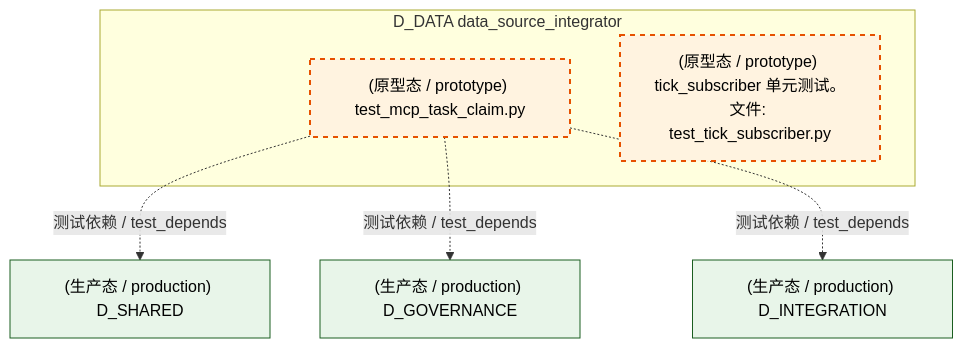
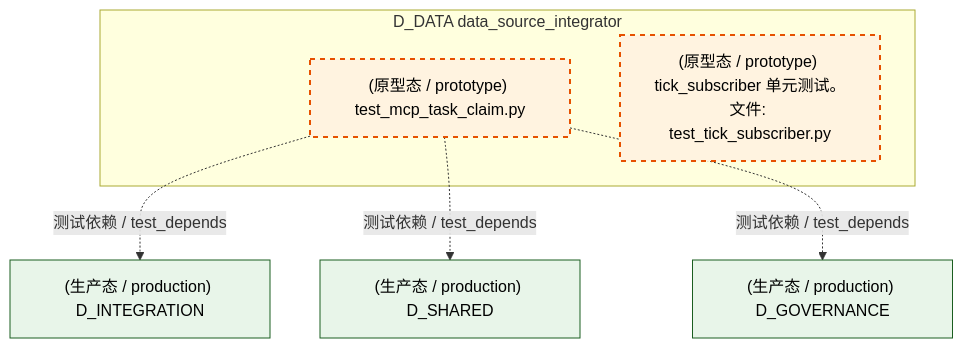
The third of 6 diagrams in docs/02_enterprise_architecture/02_domain_architecture_docs/61_d_data.md (xuanFelixVan/ZephyrAlpha), drawn with Mermaid before and after one commit. The commit also changed other lines of this file and 126 other files, not shown here.

````diff
--- a/docs/02_enterprise_architecture/02_domain_architecture_docs/61_d_data.md
+++ b/docs/02_enterprise_architecture/02_domain_architecture_docs/61_d_data.md
@@ -315,19 +310,19 @@
 ```mermaid
 graph TD
     subgraph D_DATA["D_DATA data_source_integrator"]
         tests_io_test_mcp_task_claim_py["(原型态 / prototype) test_mcp_task_claim.py"]
         tests_zephyr_data_test_tick_subscriber_py["(原型态 / prototype) tick_subscriber 单元测试。<br/>文件: test_tick_subscriber.py"]
     end
+    D_INTEGRATION["(生产态 / production) D_INTEGRATION"]
+    tests_io_test_mcp_task_claim_py -.->|测试依赖 / test_depends| D_INTEGRATION
     D_SHARED["(生产态 / production) D_SHARED"]
     tests_io_test_mcp_task_claim_py -.->|测试依赖 / test_depends| D_SHARED
     D_GOVERNANCE["(生产态 / production) D_GOVERNANCE"]
     tests_io_test_mcp_task_claim_py -.->|测试依赖 / test_depends| D_GOVERNANCE
-    D_INTEGRATION["(生产态 / production) D_INTEGRATION"]
-    tests_io_test_mcp_task_claim_py -.->|测试依赖 / test_depends| D_INTEGRATION
     classDef production fill:#e1f5fe,stroke:#01579b,stroke-width:2px,color:#000
     classDef design fill:#fff3e0,stroke:#e65100,stroke-width:2px,color:#000,stroke-dasharray: 5 5
     classDef external_prod fill:#e8f5e9,stroke:#1b5e20,stroke-width:1px,color:#000
     classDef external_design fill:#fce4ec,stroke:#880e4f,stroke-width:1px,color:#000,stroke-dasharray: 5 5
     class tests_io_test_mcp_task_claim_py,tests_zephyr_data_test_tick_subscriber_py design
-    class D_SHARED,D_GOVERNANCE,D_INTEGRATION external_prod
+    class D_INTEGRATION,D_SHARED,D_GOVERNANCE external_prod
 ```
````
